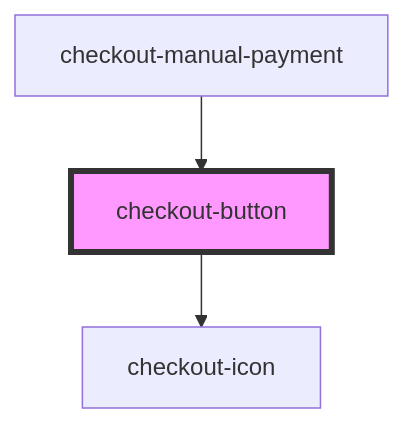
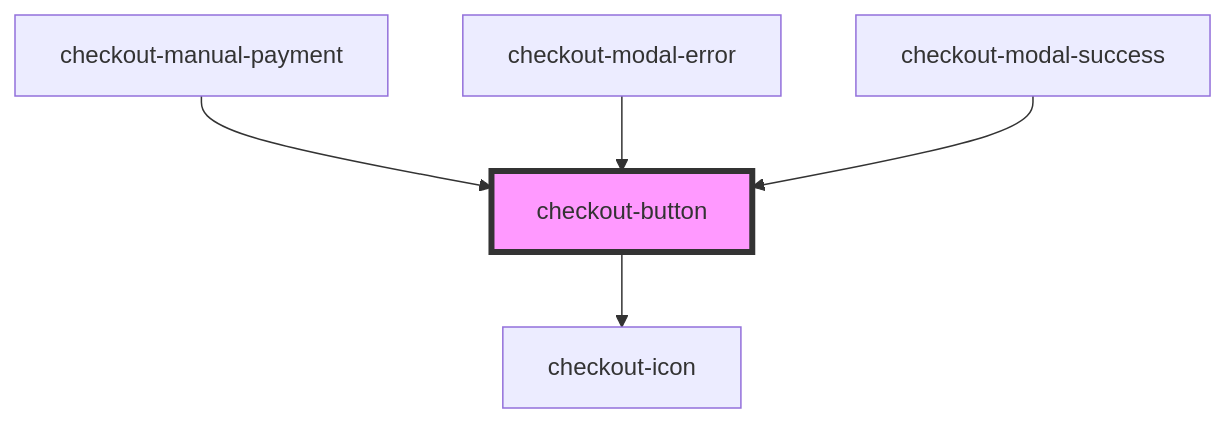
The diagram in packages/common/src/components/checkout-button/readme.md (plughacker/malga-checkout), drawn with Mermaid before and after one commit. The commit also changed other lines of this file and 11 other files, not shown here.

````diff
--- a/packages/common/src/components/checkout-button/readme.md
+++ b/packages/common/src/components/checkout-button/readme.md
@@ -41,6 +43,8 @@
 ```mermaid
 graph TD;
   checkout-button --> checkout-icon
   checkout-manual-payment --> checkout-button
+  checkout-modal-error --> checkout-button
+  checkout-modal-success --> checkout-button
   style checkout-button fill:#f9f,stroke:#333,stroke-width:4px
 ```
````
